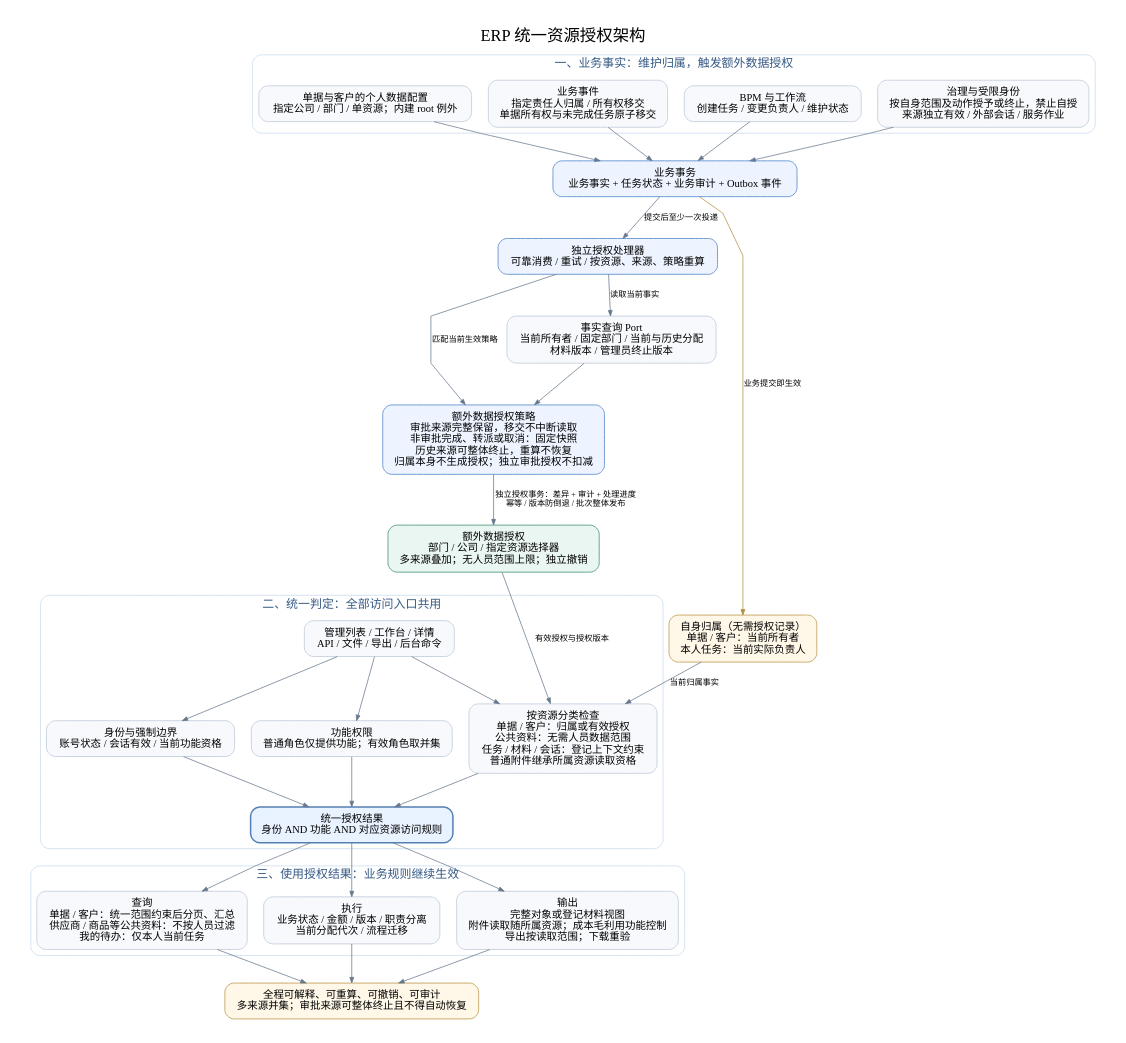
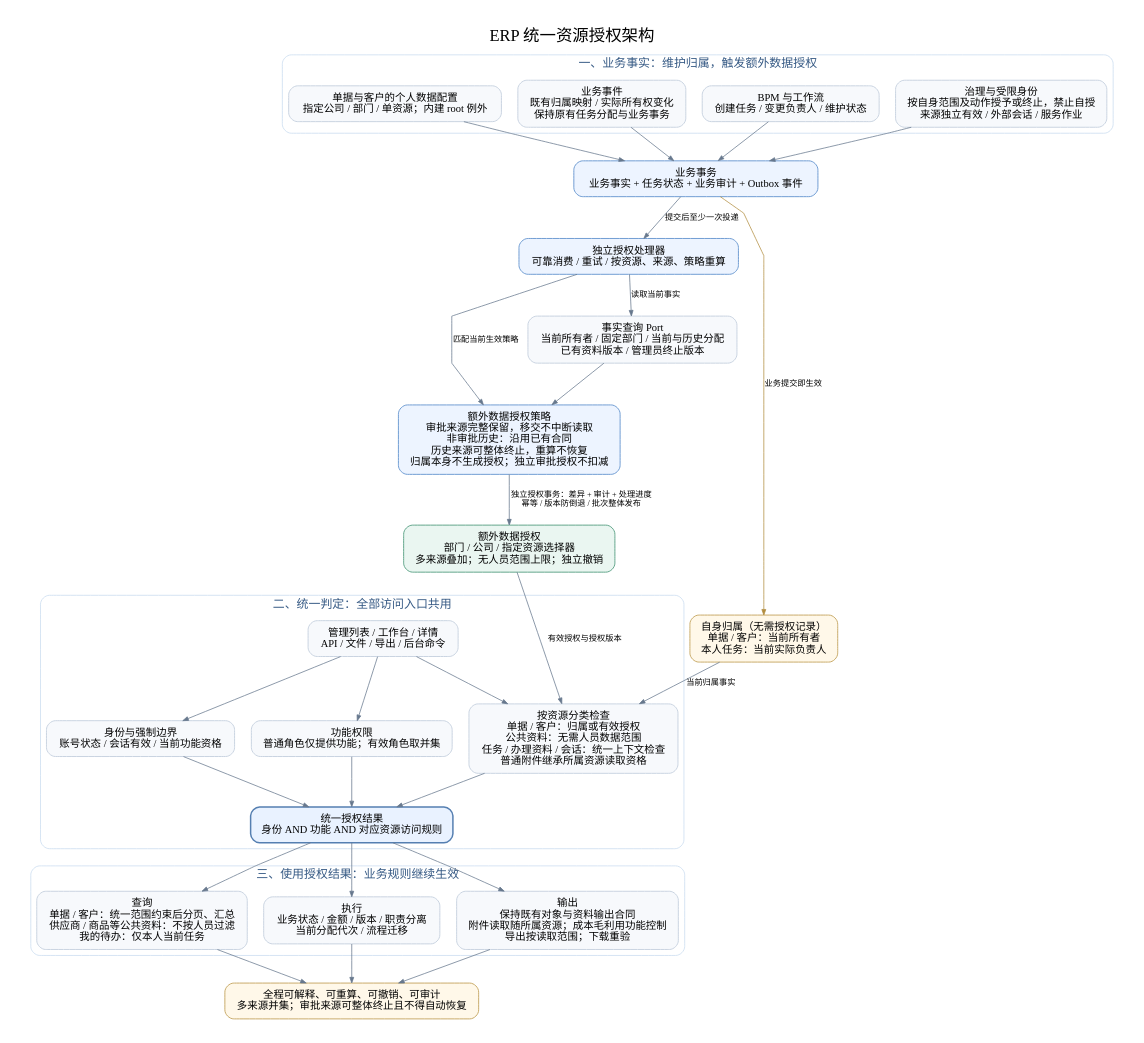
Before and after one commit to mztlive/erp: the diagram in docs/assets/resource-authorization-architecture.dot, drawn with Graphviz. The commit also changed 4 other files, not shown here.

```diff
--- a/docs/assets/resource-authorization-architecture.dot
+++ b/docs/assets/resource-authorization-architecture.dot
@@ -1,56 +1,56 @@
 digraph resourceAuthorization {
   graph [rankdir=TB, bgcolor="#ffffff", pad="0.35", nodesep="0.30", ranksep="0.60", fontname="PingFang SC", fontsize=22, label="ERP 统一资源授权架构", labelloc=t, splines=polyline];
   node [shape=box, style="rounded,filled", fillcolor="#f7f9fc", color="#c9d3e0", fontname="PingFang SC", fontsize=14, margin="0.18,0.12", penwidth=1.3];
   edge [fontname="PingFang SC", fontsize=11, color="#67788d", arrowsize=0.75];
 
   subgraph clusterSources {
     label="一、业务事实：维护归属，触发额外数据授权";
     fontsize=16; fontcolor="#355984"; color="#c9dbef"; style="rounded";
     scope [label="单据与客户的个人数据配置\n指定公司 / 部门 / 单资源；内建 root 例外"];
-    business [label="业务事件\n指定责任人归属 / 所有权移交\n单据所有权与未完成任务原子移交"];
+    business [label="业务事件\n既有归属映射 / 实际所有权变化\n保持原有任务分配与业务事务"];
     bpm [label="BPM 与工作流\n创建任务 / 变更负责人 / 维护状态"];
     governance [label="治理与受限身份\n按自身范围及动作授予或终止，禁止自授\n来源独立有效 / 外部会话 / 服务作业"];
     {rank=same; scope; business; bpm; governance;}
   }
-  policy [label="额外数据授权策略\n审批来源完整保留，移交不中断读取\n非审批完成、转派或取消：固定快照\n历史来源可整体终止，重算不恢复\n归属本身不生成授权；独立审批授权不扣减", fillcolor="#edf4ff", color="#6e9bd2"];
+  policy [label="额外数据授权策略\n审批来源完整保留，移交不中断读取\n非审批历史：沿用已有合同\n历史来源可整体终止，重算不恢复\n归属本身不生成授权；独立审批授权不扣减", fillcolor="#edf4ff", color="#6e9bd2"];
   outbox [label="业务事务\n业务事实 + 任务状态 + 业务审计 + Outbox 事件", fillcolor="#edf4ff", color="#6e9bd2"];
   worker [label="独立授权处理器\n可靠消费 / 重试 / 按资源、来源、策略重算", fillcolor="#edf4ff", color="#6e9bd2"];
-  facts [label="事实查询 Port\n当前所有者 / 固定部门 / 当前与历史分配\n材料版本 / 管理员终止版本"];
+  facts [label="事实查询 Port\n当前所有者 / 固定部门 / 当前与历史分配\n已有资料版本 / 管理员终止版本"];
   scope -> outbox; business -> outbox; bpm -> outbox; governance -> outbox;
   outbox -> worker [label="提交后至少一次投递"];
   worker -> facts [label="读取当前事实"];
   facts -> policy;
   worker -> policy [label="匹配当前生效策略"];
   grants [label="额外数据授权\n部门 / 公司 / 指定资源选择器\n多来源叠加；无人员范围上限；独立撤销", fillcolor="#eaf6f1", color="#60a58a"];
   policy -> grants [label="独立授权事务：差异 + 审计 + 处理进度\n幂等 / 版本防倒退 / 批次整体发布"];
 
   subgraph clusterAccess {
     label="二、统一判定：全部访问入口共用";
     fontsize=16; fontcolor="#355984"; color="#c9dbef"; style="rounded";
     request [label="管理列表 / 工作台 / 详情\nAPI / 文件 / 导出 / 后台命令"];
     identity [label="身份与强制边界\n账号状态 / 会话有效 / 当前功能资格"];
     capability [label="功能权限\n普通角色仅提供功能；有效角色取并集"];
-    dataCheck [label="按资源分类检查\n单据 / 客户：归属或有效授权\n公共资料：无需人员数据范围\n任务 / 材料 / 会话：登记上下文约束\n普通附件继承所属资源读取资格"];
+    dataCheck [label="按资源分类检查\n单据 / 客户：归属或有效授权\n公共资料：无需人员数据范围\n任务 / 办理资料 / 会话：统一上下文检查\n普通附件继承所属资源读取资格"];
     decision [label="统一授权结果\n身份 AND 功能 AND 对应资源访问规则", fillcolor="#e9f2ff", color="#557fb1", penwidth=2];
     {rank=same; identity; capability; dataCheck;}
     request -> identity; request -> capability; request -> dataCheck;
     identity -> decision; capability -> decision; dataCheck -> decision;
   }
   own [label="自身归属（无需授权记录）\n单据 / 客户：当前所有者\n本人任务：当前实际负责人", fillcolor="#fff8e9", color="#c8aa68"];
   outbox -> own [label="业务提交即生效", color="#b28d40"];
   own -> dataCheck [label="当前归属事实"];
   grants -> dataCheck [label="有效授权与授权版本"];
   grants -> request [style=invis];
 
   subgraph clusterUse {
     label="三、使用授权结果：业务规则继续生效";
     fontsize=16; fontcolor="#355984"; color="#c9dbef"; style="rounded";
     query [label="查询\n单据 / 客户：统一范围约束后分页、汇总\n供应商 / 商品等公共资料：不按人员过滤\n我的待办：仅本人当前任务"];
     command [label="执行\n业务状态 / 金额 / 版本 / 职责分离\n当前分配代次 / 流程迁移"];
-    material [label="输出\n完整对象或登记材料视图\n附件读取随所属资源；成本毛利用功能控制\n导出按读取范围；下载重验"];
+    material [label="输出\n保持既有对象与资料输出合同\n附件读取随所属资源；成本毛利用功能控制\n导出按读取范围；下载重验"];
     {rank=same; query; command; material;}
   }
   decision -> query; decision -> command; decision -> material;
   audit [label="全程可解释、可重算、可撤销、可审计\n多来源并集；审批来源可整体终止且不得自动恢复", fillcolor="#fff8e9", color="#c8aa68"];
   query -> audit; command -> audit; material -> audit;
 }
```
